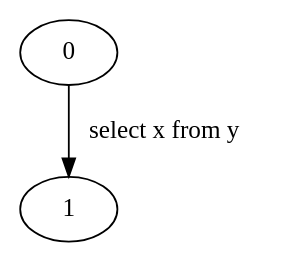
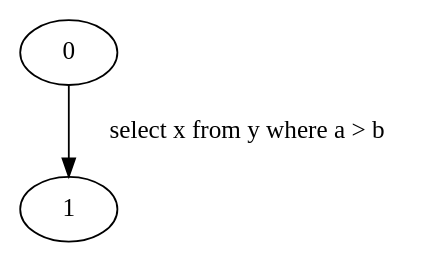
Before and after one commit to YaccConstructor/YaccConstructor: the diagram in src/TSQL.Test/DotTSQL/test_tsql_1.dot, drawn with Graphviz. The commit also changed 3 other files, not shown here.

```diff
--- a/src/TSQL.Test/DotTSQL/test_tsql_1.dot
+++ b/src/TSQL.Test/DotTSQL/test_tsql_1.dot
@@ -1,5 +1,5 @@
 digraph g
 {
 0;1;
-0 -> 1 [label="select x from y"]
+0 -> 1 [label="select x from y where a > b"]
 }         
```
